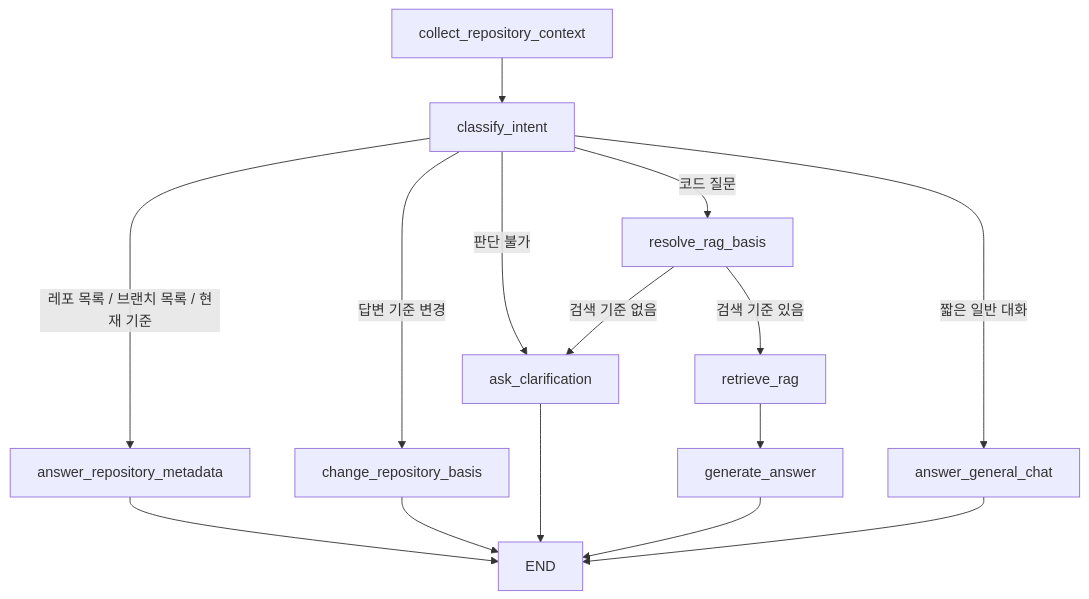
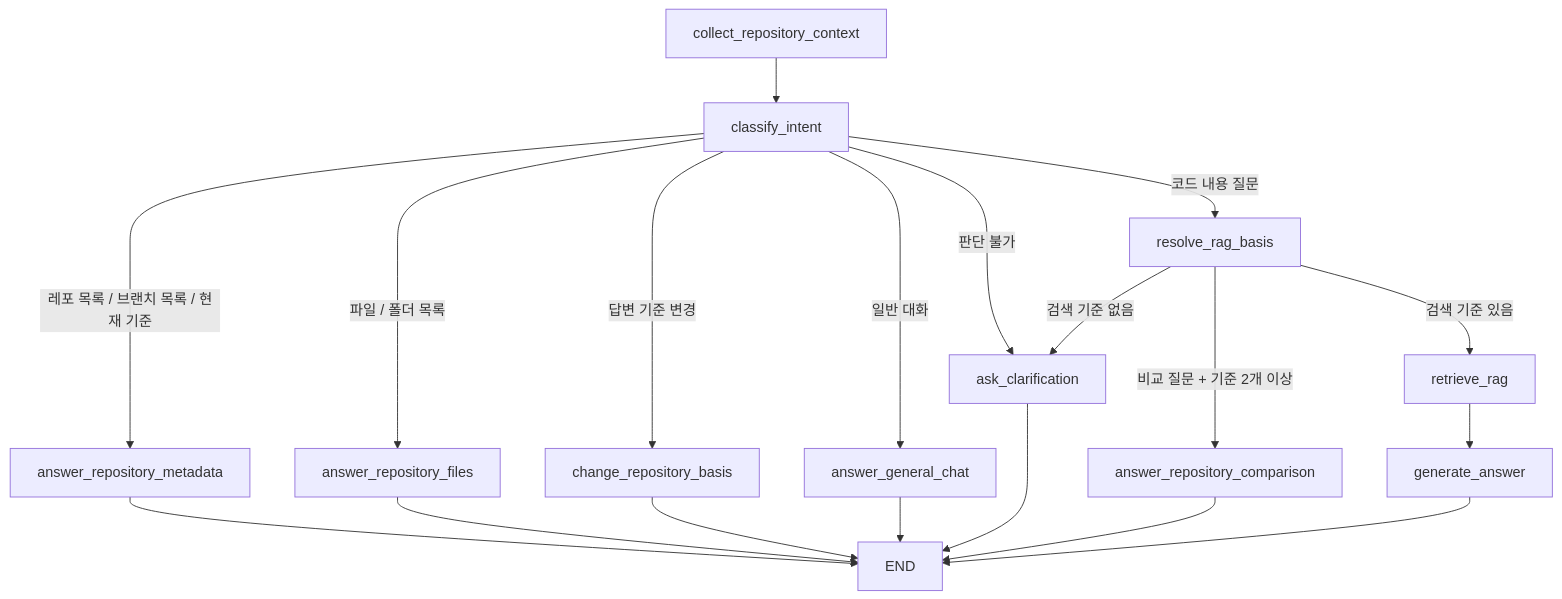
The diagram in docs/agent_ask_flow.md (Jungle-303-04/warm-up), drawn with Mermaid before and after one commit. The commit also changed other lines of this file, not shown here.

Commit message:
docs: update agent ask flow guide

````diff
--- a/docs/agent_ask_flow.md
+++ b/docs/agent_ask_flow.md
@@ -215,17 +264,25 @@
 ```mermaid
 flowchart TD
     A["collect_repository_context"] --> B["classify_intent"]
+
     B -->|"레포 목록 / 브랜치 목록 / 현재 기준"| C["answer_repository_metadata"]
-    B -->|"답변 기준 변경"| D["change_repository_basis"]
-    B -->|"코드 질문"| E["resolve_rag_basis"]
-    B -->|"짧은 일반 대화"| J["answer_general_chat"]
-    B -->|"판단 불가"| F["ask_clarification"]
-    E -->|"검색 기준 있음"| G["retrieve_rag"]
-    E -->|"검색 기준 없음"| F
-    G --> H["generate_answer"]
-    C --> I["END"]
-    D --> I
-    F --> I
-    H --> I
-    J --> I
+    B -->|"파일 / 폴더 목록"| D["answer_repository_files"]
+    B -->|"답변 기준 변경"| E["change_repository_basis"]
+    B -->|"코드 내용 질문"| F["resolve_rag_basis"]
+    B -->|"일반 대화"| G["answer_general_chat"]
+    B -->|"판단 불가"| H["ask_clarification"]
+
+    F -->|"비교 질문 + 기준 2개 이상"| I["answer_repository_comparison"]
+    F -->|"검색 기준 있음"| J["retrieve_rag"]
+    F -->|"검색 기준 없음"| H
+
+    J --> K["generate_answer"]
+
+    C --> L["END"]
+    D --> L
+    E --> L
+    G --> L
+    H --> L
+    I --> L
+    K --> L
 ```
````
